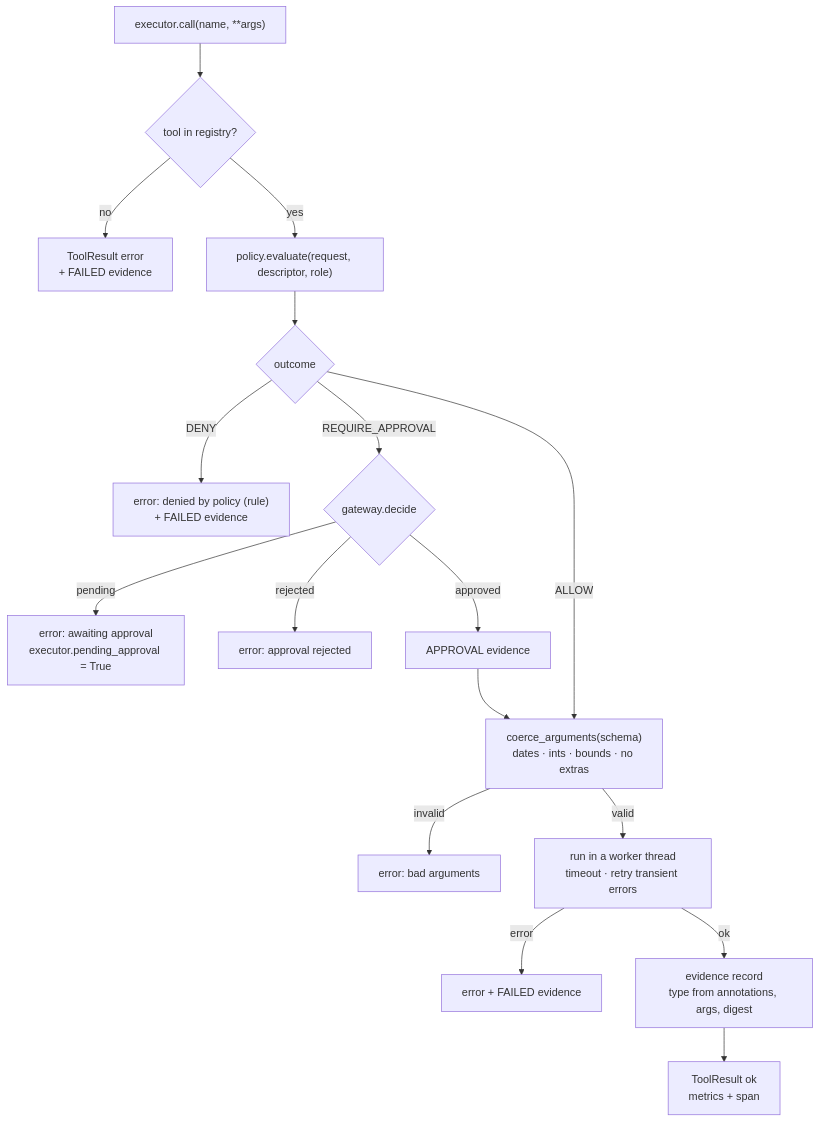
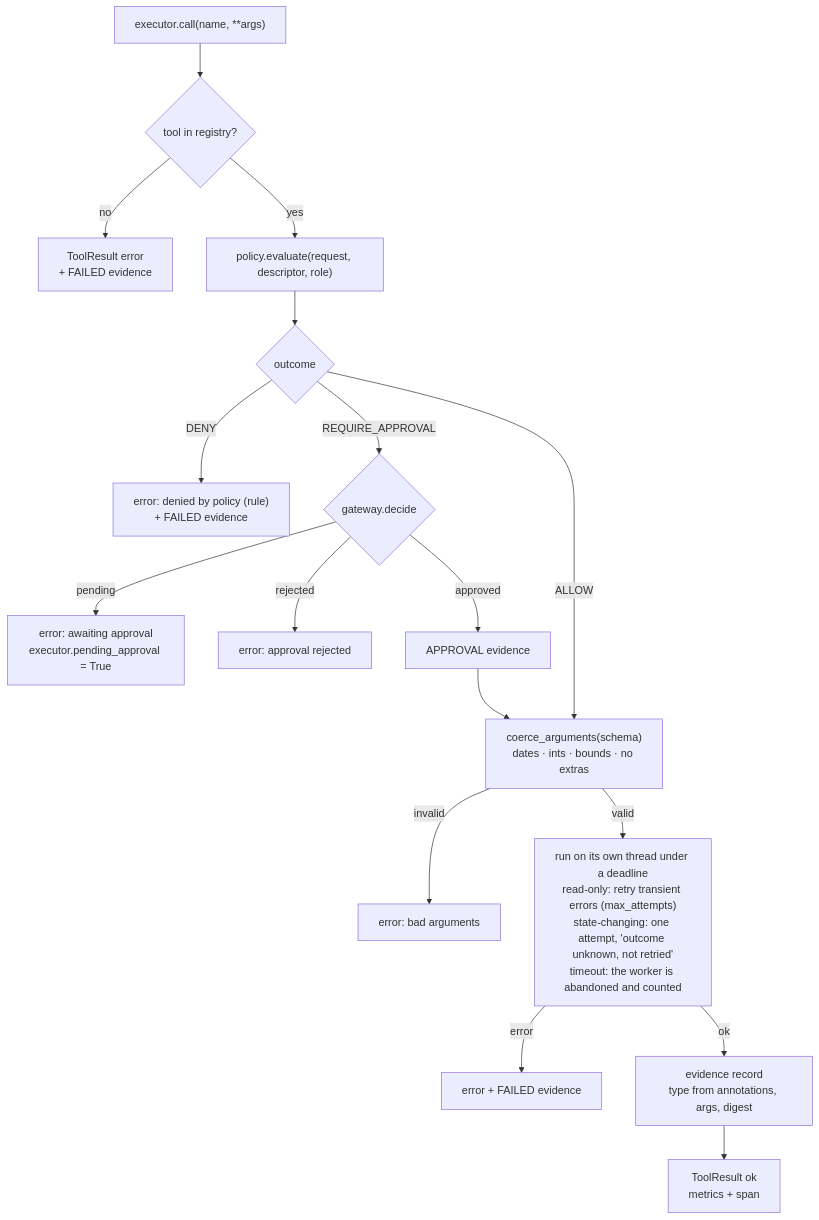
One commit to AshJha0/agentic-trader changed the tenth of 30 diagrams in docs/DIAGRAMS.md. Above: the diagram before and after it, drawn with Mermaid. The commit also changed other lines of this file and 71 other files, not shown here.

````diff
--- a/docs/DIAGRAMS.md
+++ b/docs/DIAGRAMS.md
@@ -331,18 +339,18 @@
 ```mermaid
 flowchart TD
     CALL["executor.call(name, **args)"] --> REG{"tool in registry?"}
     REG -- no --> FAILU["ToolResult error<br/>+ FAILED evidence"]
     REG -- yes --> POL["policy.evaluate(request, descriptor, role)"]
     POL --> OUT{outcome}
     OUT -- DENY --> FAILD["error: denied by policy (rule)<br/>+ FAILED evidence"]
     OUT -- REQUIRE_APPROVAL --> GW{gateway.decide}
     GW -- pending --> WAIT["error: awaiting approval<br/>executor.pending_approval = True"]
     GW -- rejected --> FAILR["error: approval rejected"]
     GW -- approved --> APPR["APPROVAL evidence"] --> CO
     OUT -- ALLOW --> CO["coerce_arguments(schema)<br/>dates · ints · bounds · no extras"]
     CO -- invalid --> FAILA["error: bad arguments"]
-    CO -- valid --> RUN["run in a worker thread<br/>timeout · retry transient errors"]
+    CO -- valid --> RUN["run on its own thread under a deadline<br/>read-only: retry transient errors (max_attempts)<br/>state-changing: one attempt, 'outcome unknown, not retried'<br/>timeout: the worker is abandoned and counted"]
     RUN -- error --> FAILX["error + FAILED evidence"]
     RUN -- ok --> EVD["evidence record<br/>type from annotations, args, digest"]
     EVD --> RES["ToolResult ok<br/>metrics + span"]
 ```
````
